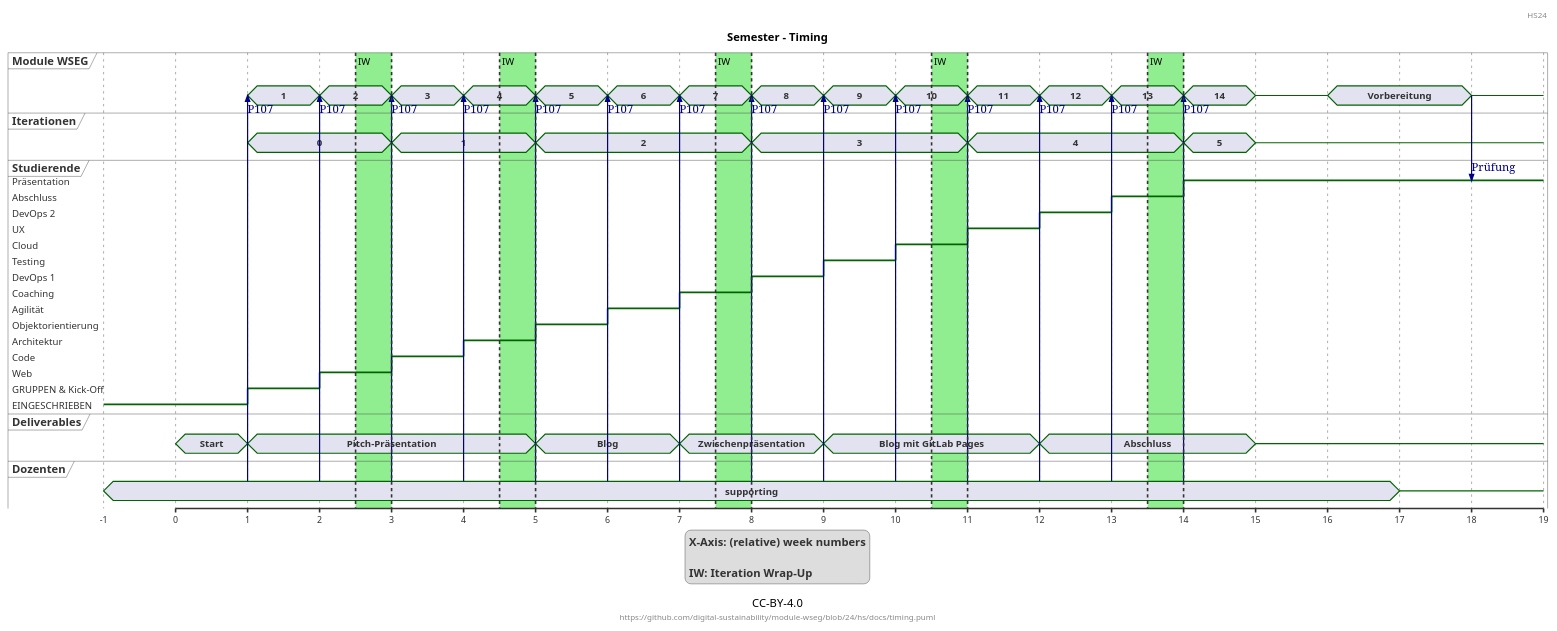
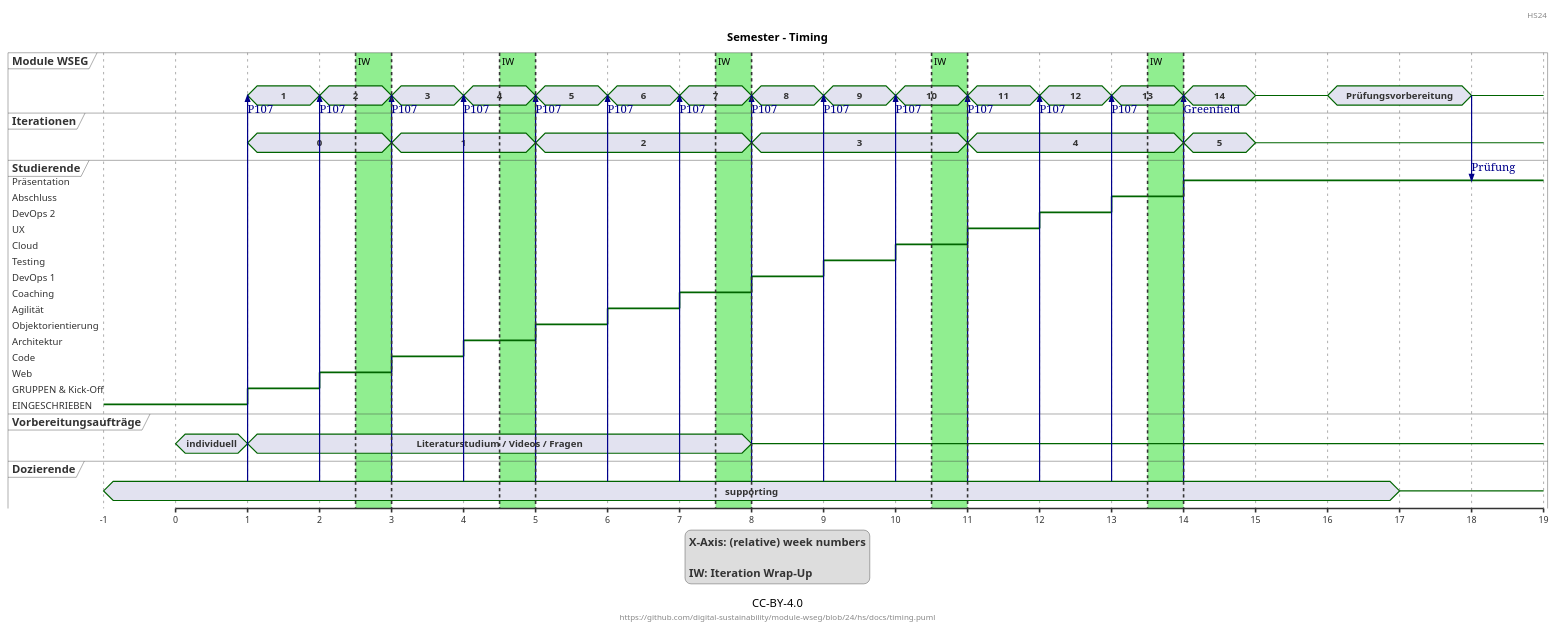
Before and after one commit to digital-sustainability/module-wseg: the diagram in docs/timing.puml, drawn with PlantUML.

Commit message:
Switch deliverables to vorbereitungsaufträge

```diff
--- a/docs/timing.puml
+++ b/docs/timing.puml
@@ -1,129 +1,125 @@
 @startuml
 Title Semester - Timing
 header: HS24
 footer: "https://github.com/digital-sustainability/module-wseg/blob/24/hs/docs/timing.puml"
 caption CC-BY-4.0
 
 legend
 X-Axis: (relative) week numbers
 
 IW: Iteration Wrap-Up
 end legend
 
 concise "Module WSEG" as module
 concise "Iterationen" as iter
 robust "Studierende" as studi
-concise "Deliverables" as tasks
-concise "Dozenten" as dozent
+concise "Vorbereitungsaufträge" as prep
+concise "Dozierende" as dozent
 scale 1 as 90 pixels
 
 @-1
 studi is EINGESCHRIEBEN
 dozent is supporting
 
 @+1
-tasks is Start
+prep is "individuell"
 
 @1
 dozent -> module: P107
 module is "1"
 iter is "0"
-tasks is "Pitch-Präsentation"
+prep is "Literaturstudium / Videos / Fragen"
 studi is "GRUPPEN & Kick-Off"
 
 @+1
 dozent -> module: P107
 module is "2"
 studi is "Web"
 
 @+1
 dozent -> module: P107
 iter is "1"
 module is "3"
 studi is "Code"
 
 @+1
 dozent -> module: P107
 module is "4"
 studi is "Architektur"
 
 @+1
 dozent -> module: P107
 module is "5"
 iter is "2"
-tasks is "Blog"
 studi is "Objektorientierung"
 
 @+1
 dozent -> module: P107
 module is "6"
 studi is "Agilität"
 
 @+1
 dozent -> module: P107
 module is "7"
-tasks is "Zwischenpräsentation"
 studi is "Coaching"
 
 @+1
 dozent -> module: P107
 module is "8 "
+prep is {-}
 iter is "3"
 studi is "DevOps 1"
 
 @+1
 dozent -> module: P107
 module is "9"
 studi is "Testing"
-tasks is "Blog mit GitLab Pages"
 
 @+1
 dozent -> module: P107
 module is "10"
 studi is "Cloud"
 
 @+1
 dozent -> module: P107
 module is "11"
 iter is "4"
 studi is "UX"
 
 @+1
 dozent -> module: P107
 module is "12"
 studi is "DevOps 2"
-tasks is "Abschluss"
 
 @+1
 dozent -> module: P107
 module is "13"
 studi is "Abschluss"
 
 @+1
-dozent -> module: P107
+dozent -> module: Greenfield
 module is "14"
 iter is "5"
 studi is "Präsentation"
 
 @+1
 module is {-}
 iter is {-}
-tasks is {-}
 
 @+1
-module is Vorbereitung
+module is Prüfungsvorbereitung
 
 @+1
 dozent is {-}
 
 @+1
 module -> studi: Prüfung
 module is {-}
 
 highlight 2.5 to 3 #lightgreen : IW
 highlight 4.5 to 5 #lightgreen : IW
 highlight 7.5 to 8 #lightgreen : IW
 highlight 10.5 to 11 #lightgreen : IW
 highlight 13.5 to 14 #lightgreen : IW
 
 @enduml
```
